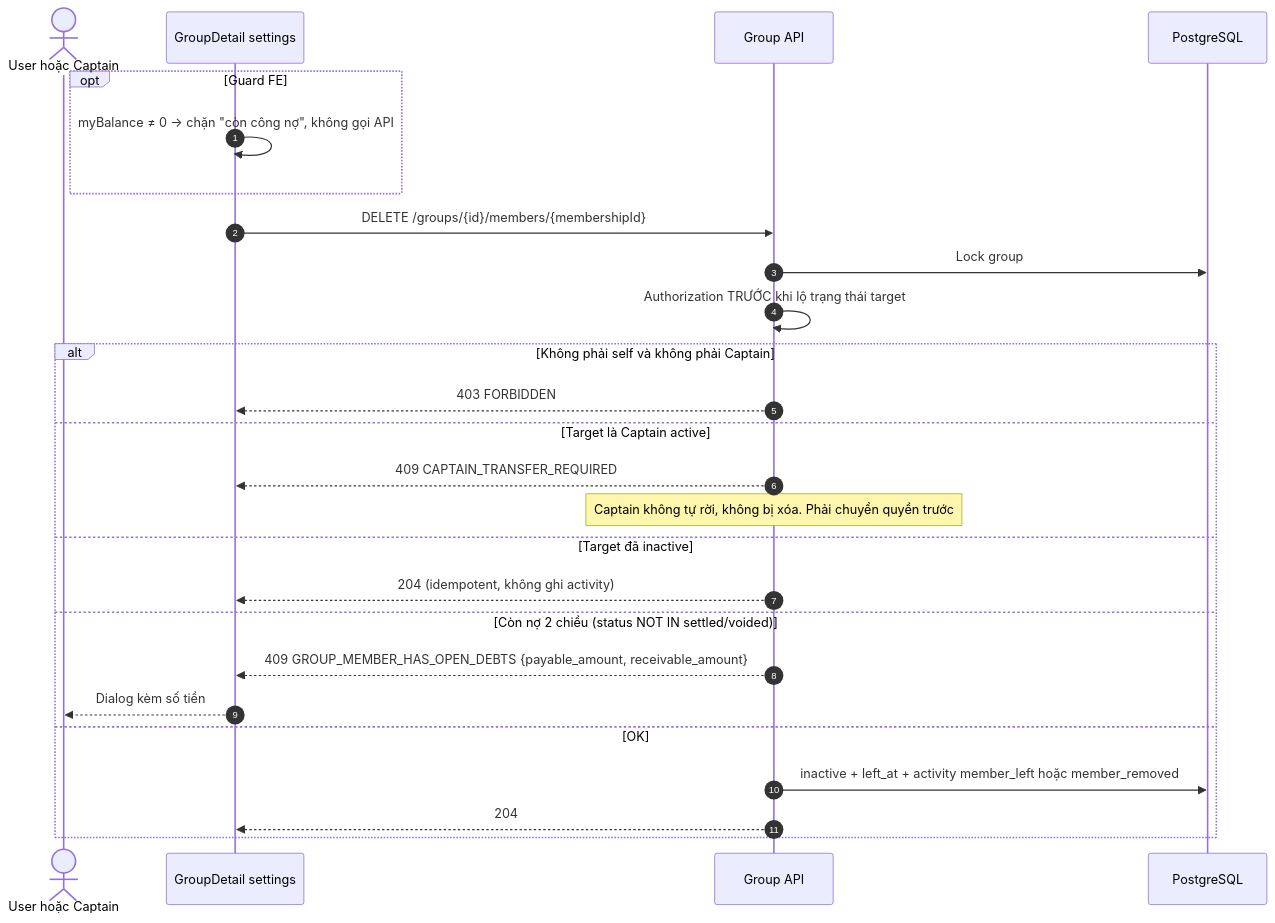
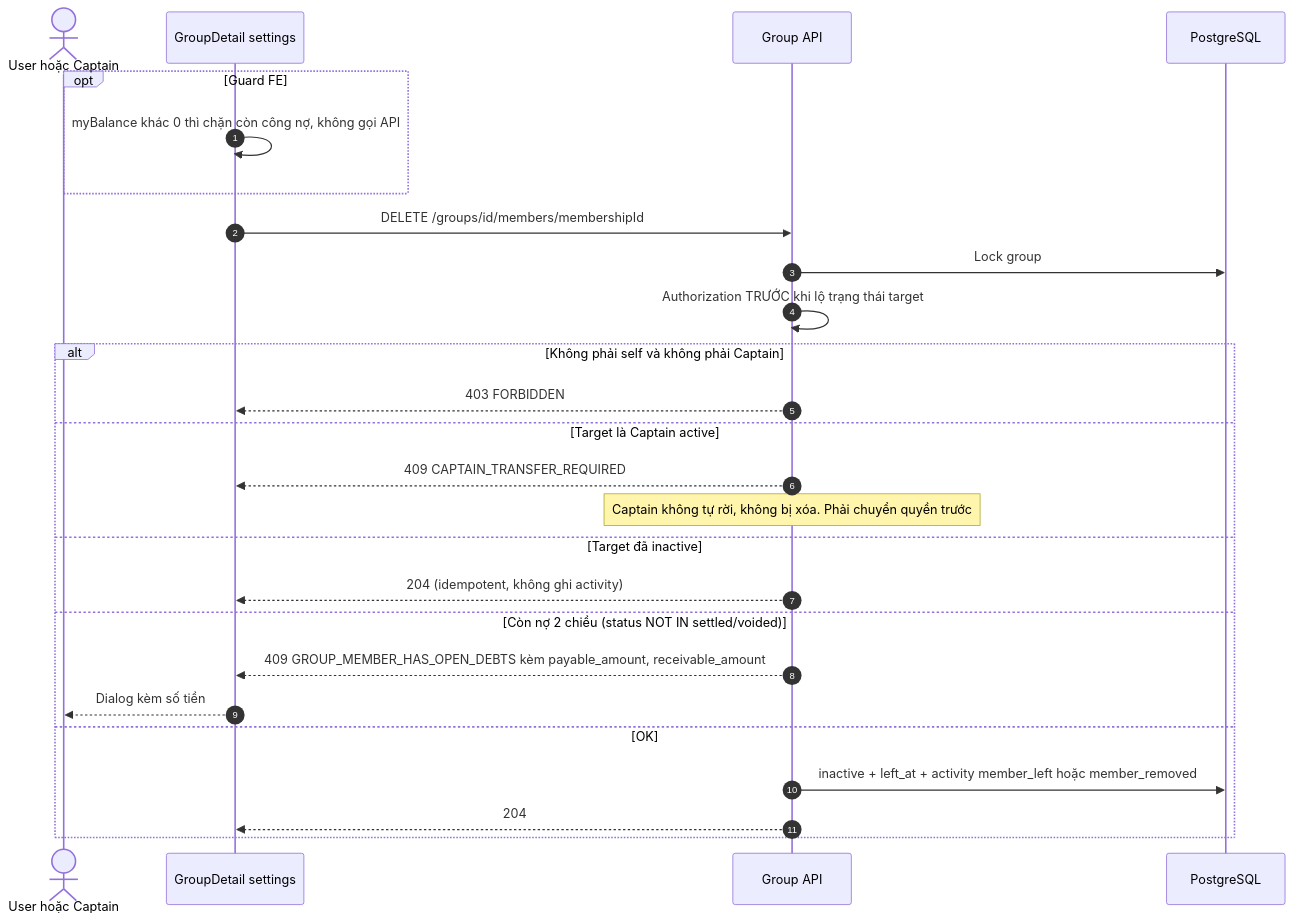
Before and after one commit to FintechVSF-Tranning/PaySplit-RP: the third of 7 diagrams in flow/02-group.md, drawn with Mermaid. The commit also changed other lines of this file and 7 other files, not shown here.

First line of the commit message:
Refactor notification flow and admin management documentation

````diff
--- a/flow/02-group.md
+++ b/flow/02-group.md
@@ -176,29 +198,29 @@
 ```mermaid
 sequenceDiagram
     autonumber
     actor U as User hoặc Captain
     participant FE as GroupDetail settings
     participant BE as Group API
     participant DB as PostgreSQL
 
     opt Guard FE
-        FE->>FE: myBalance ≠ 0 → chặn "còn công nợ", không gọi API
+        FE->>FE: myBalance khác 0 thì chặn còn công nợ, không gọi API
     end
-    FE->>BE: DELETE /groups/{id}/members/{membershipId}
+    FE->>BE: DELETE /groups/id/members/membershipId
     BE->>DB: Lock group
     BE->>BE: Authorization TRƯỚC khi lộ trạng thái target
     alt Không phải self và không phải Captain
         BE-->>FE: 403 FORBIDDEN
     else Target là Captain active
         BE-->>FE: 409 CAPTAIN_TRANSFER_REQUIRED
         Note over BE: Captain không tự rời, không bị xóa. Phải chuyển quyền trước
     else Target đã inactive
         BE-->>FE: 204 (idempotent, không ghi activity)
     else Còn nợ 2 chiều (status NOT IN settled/voided)
-        BE-->>FE: 409 GROUP_MEMBER_HAS_OPEN_DEBTS {payable_amount, receivable_amount}
+        BE-->>FE: 409 GROUP_MEMBER_HAS_OPEN_DEBTS kèm payable_amount, receivable_amount
         FE-->>U: Dialog kèm số tiền
     else OK
         BE->>DB: inactive + left_at + activity member_left hoặc member_removed
         BE-->>FE: 204
     end
 ```
````
